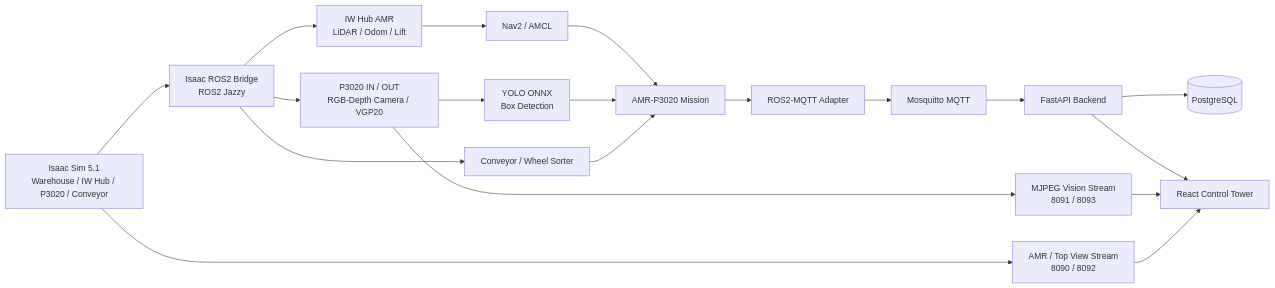
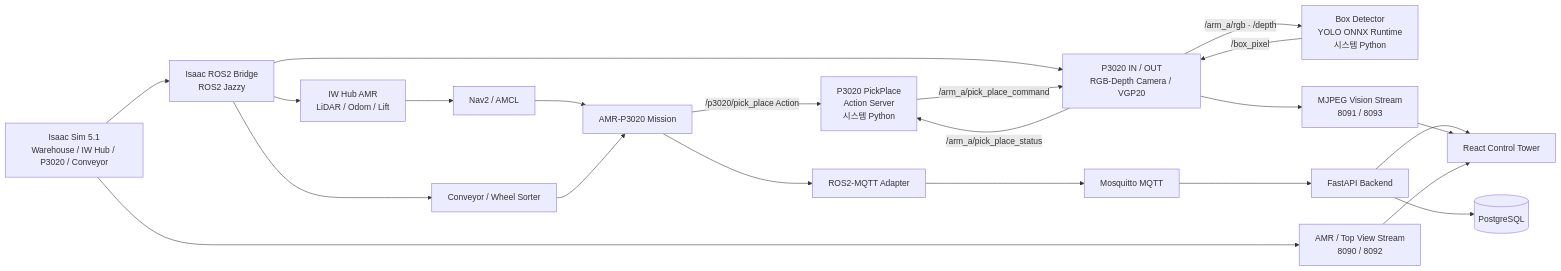
The first of 2 diagrams in README.md (rokey-c2/cobot3-ws-c2), drawn with Mermaid before and after one commit. The commit also changed other lines of this file and 873 other files, not shown here.

First line of the commit message:
docs: YOLO 학습·ONNX 변환 과정과 아키텍처 통신 구조 보완, 실행 안내 보충, 미사용 중복 에셋 삭제

````diff
--- a/README.md
+++ b/README.md
@@ -194,26 +194,29 @@
 ```mermaid
 flowchart LR
     SIM[Isaac Sim 5.1\nWarehouse / IW Hub / P3020 / Conveyor] --> BRIDGE[Isaac ROS2 Bridge\nROS2 Jazzy]
 
     BRIDGE --> AMR[IW Hub AMR\nLiDAR / Odom / Lift]
     BRIDGE --> ARM[P3020 IN / OUT\nRGB-Depth Camera / VGP20]
     BRIDGE --> PROC[Conveyor / Wheel Sorter]
 
     AMR --> NAV[Nav2 / AMCL]
-    ARM --> VISION[YOLO ONNX\nBox Detection]
+    ARM -->|"/arm_a/rgb · /depth"| VISION[Box Detector\nYOLO ONNX Runtime\n시스템 Python]
+    VISION -->|"/box_pixel"| ARM
 
     NAV --> MISSION[AMR-P3020 Mission]
-    VISION --> MISSION
     PROC --> MISSION
+    MISSION -->|"/p3020/pick_place Action"| ACTION[P3020 PickPlace\nAction Server\n시스템 Python]
+    ACTION -->|"/arm_a/pick_place_command"| ARM
+    ARM -->|"/arm_a/pick_place_status"| ACTION
 
     MISSION --> ADAPTER[ROS2-MQTT Adapter]
     ADAPTER --> MQTT[Mosquitto MQTT]
     MQTT --> API[FastAPI Backend]
     API --> DB[(PostgreSQL)]
     API --> WEB[React Control Tower]
 
     ARM --> STREAM[MJPEG Vision Stream\n8091 / 8093]
     SIM --> STREAM2[AMR / Top View Stream\n8090 / 8092]
     STREAM --> WEB
     STREAM2 --> WEB
 ```
````
